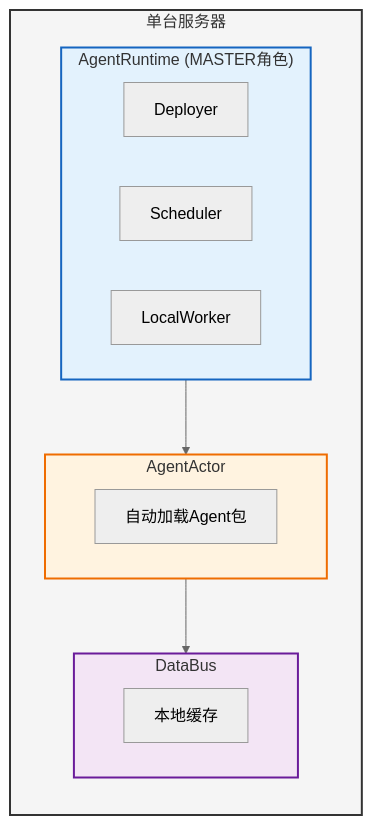
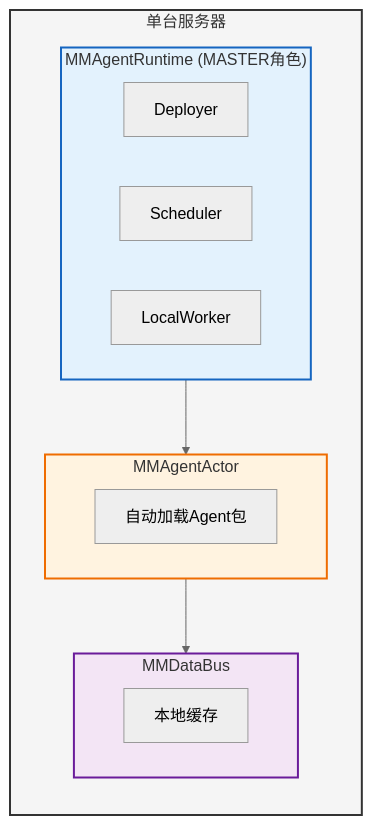
One commit to xyz11274/agentf changed the fifth of 11 diagrams in docs/scheduling.md. Above: the diagram before and after it, drawn with Mermaid (neutral theme). The commit also changed other lines of this file and 106 other files, not shown here.

````diff
--- a/docs/scheduling.md
+++ b/docs/scheduling.md
@@ -851,29 +851,29 @@
 ```mermaid
 flowchart TB
     subgraph Server["单台服务器"]
         direction TB
 
-        subgraph ARSingle["AgentRuntime (MASTER角色)"]
+        subgraph ARSingle["MMAgentRuntime (MASTER角色)"]
             direction LR
             DSingle["Deployer"]
             SchSingle["Scheduler"]
             LWSingle["LocalWorker"]
         end
 
-        subgraph AASingle["AgentActor"]
+        subgraph AASingle["MMAgentActor"]
             AADesc["自动加载Agent包"]
         end
 
-        subgraph DBSingle["DataBus"]
+        subgraph DBSingle["MMDataBus"]
             DBDesc["本地缓存"]
         end
 
         ARSingle --> AASingle
         AASingle --> DBSingle
     end
 
     style Server fill:#f5f5f5,stroke:#333,stroke-width:2px
     style ARSingle fill:#e3f2fd,stroke:#1565c0,stroke-width:2px
     style AASingle fill:#fff3e0,stroke:#ef6c00,stroke-width:2px
     style DBSingle fill:#f3e5f5,stroke:#6a1b9a,stroke-width:2px
 ```
````
